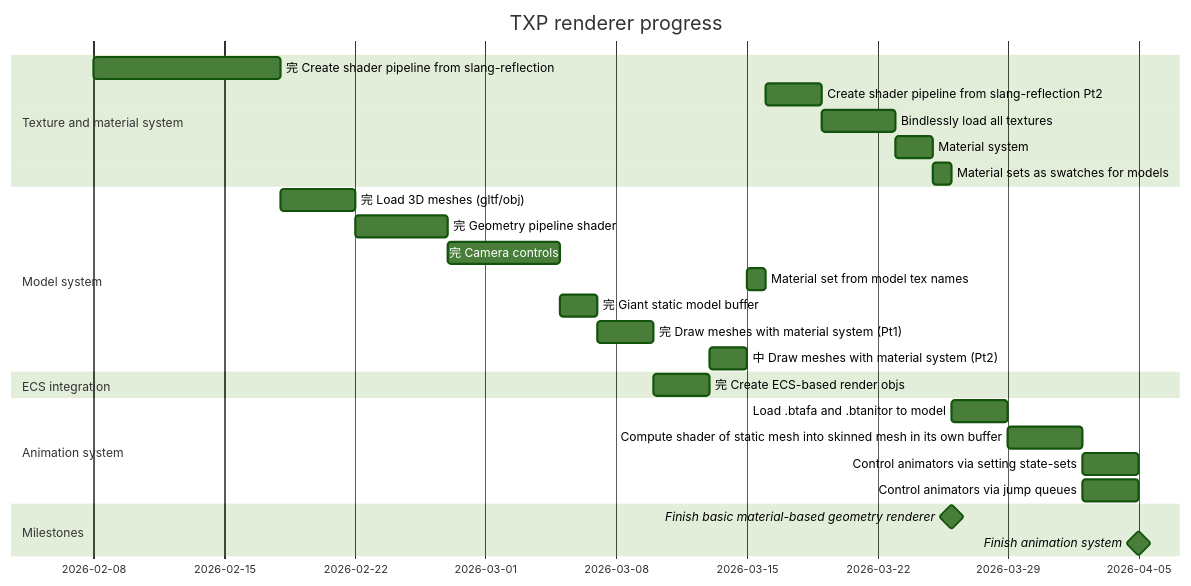
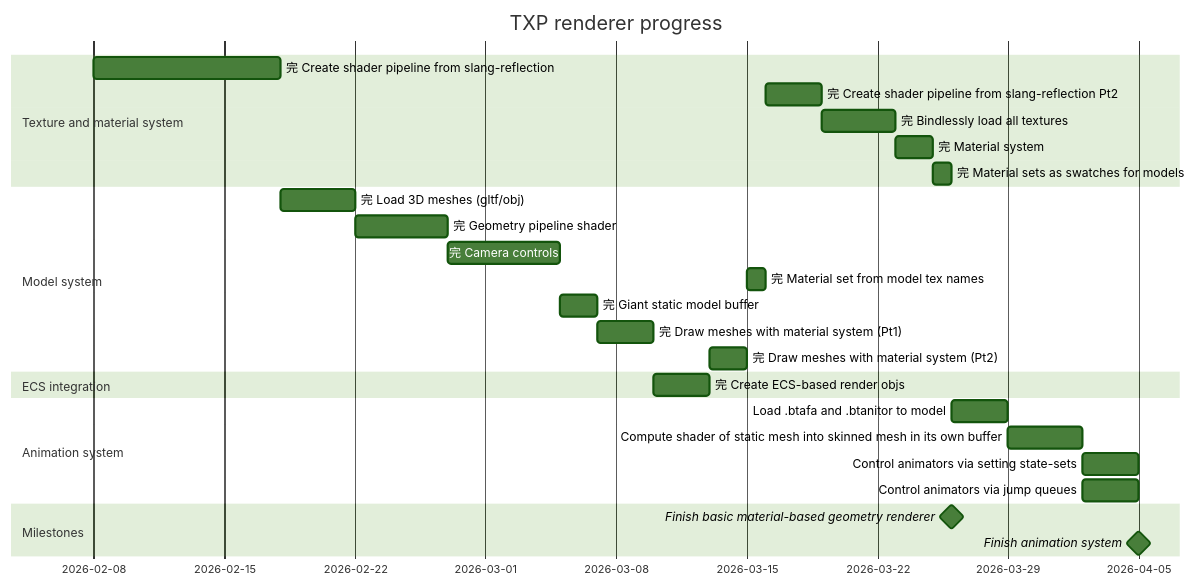
Before and after one commit to TheaGal/TXP_renderer: the second of 3 diagrams in README.md, drawn with Mermaid (forest theme). The commit also changed other lines of this file and 1 other file, not shown here.

````diff
--- a/README.md
+++ b/README.md
@@ -95,29 +110,29 @@
 ```mermaid
 gantt
     title TXP renderer progress
     dateFormat YYYY/MM/DD
     section Texture and material system
         完 Create shader pipeline from slang-reflection  : a1, 2026/02/08, 10d
-        Create shader pipeline from slang-reflection Pt2  : a1_1, after a6, 3d
-        Bindlessly load all textures          : a2, after a1_1, 4d
-        Material system                       : a3, after a2, 2d
-        Material sets as swatches for models  : a4, after a3, 1d
+        完 Create shader pipeline from slang-reflection Pt2  : a1_1, after a6, 3d
+        完 Bindlessly load all textures          : a2, after a1_1, 4d
+        完 Material system                       : a3, after a2, 2d
+        完 Material sets as swatches for models  : a4, after a3, 1d
     section Model system
         完 Load 3D meshes (gltf/obj)         : a5, after a1, 4d
         完 Geometry pipeline shader          : a5_1, after a5, 5d
         完 Camera controls                  : a5_2, after a5_1, 6d
-        Material set from model tex names : a6, after a14, 1d
+        完 Material set from model tex names : a6, after a14, 1d
         完 Giant static model buffer         : a7, after a5_2, 2d
         完 Draw meshes with material system (Pt1)  : a8, after a7, 3d
-        中 Draw meshes with material system (Pt2)  : a14, after a13, 2d
+        完 Draw meshes with material system (Pt2)  : a14, after a13, 2d
     section ECS integration
         完 Create ECS-based render objs : a13, after a8, 3d
     section Animation system
         Load .btafa and .btanitor to model : a9, after m1, 3d
         Compute shader of static mesh into skinned mesh in its own buffer : a10, after a9, 4d
         Control animators via setting state-sets : a11, after a10, 3d
         Control animators via jump queues : a12, after a10, 3d
     section Milestones
         Finish basic material-based geometry renderer : milestone, m1, after a4, 0d
         Finish animation system : milestone, m2, after a12, 0d
 ```
````
